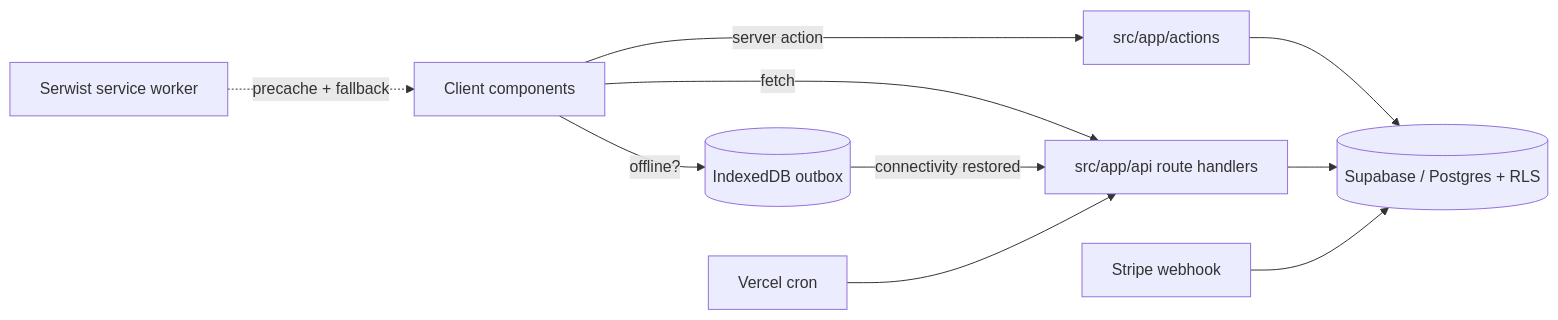
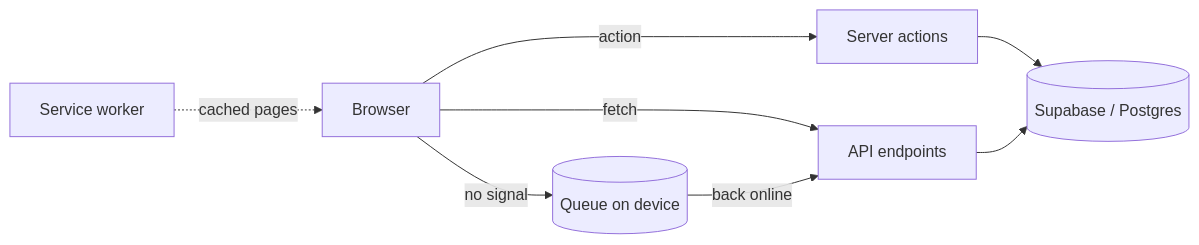
The diagram in README.md (danilgorbunofff/BrewBrainOS), drawn with Mermaid before and after one commit. The commit also changed other lines of this file, not shown here.

````diff
--- a/README.md
+++ b/README.md
@@ -114,12 +133,10 @@
 ```mermaid
 flowchart LR
-  UI[Client components] -->|server action| SA[src/app/actions]
-  UI -->|fetch| RH[src/app/api route handlers]
-  SA --> SB[(Supabase / Postgres + RLS)]
-  RH --> SB
-  UI -->|offline?| IDB[(IndexedDB outbox)]
-  IDB -->|connectivity restored| RH
-  SW[Serwist service worker] -.->|precache + fallback| UI
-  WH[Stripe webhook] --> SB
-  CRON[Vercel cron] --> RH
+  UI[Browser] -->|action| SA[Server actions]
+  UI -->|fetch| RH[API endpoints]
+  SA --> DB[(Supabase / Postgres)]
+  RH --> DB
+  UI -->|no signal| Q[(Queue on device)]
+  Q -->|back online| RH
+  SW[Service worker] -.->|cached pages| UI
 ```
````
